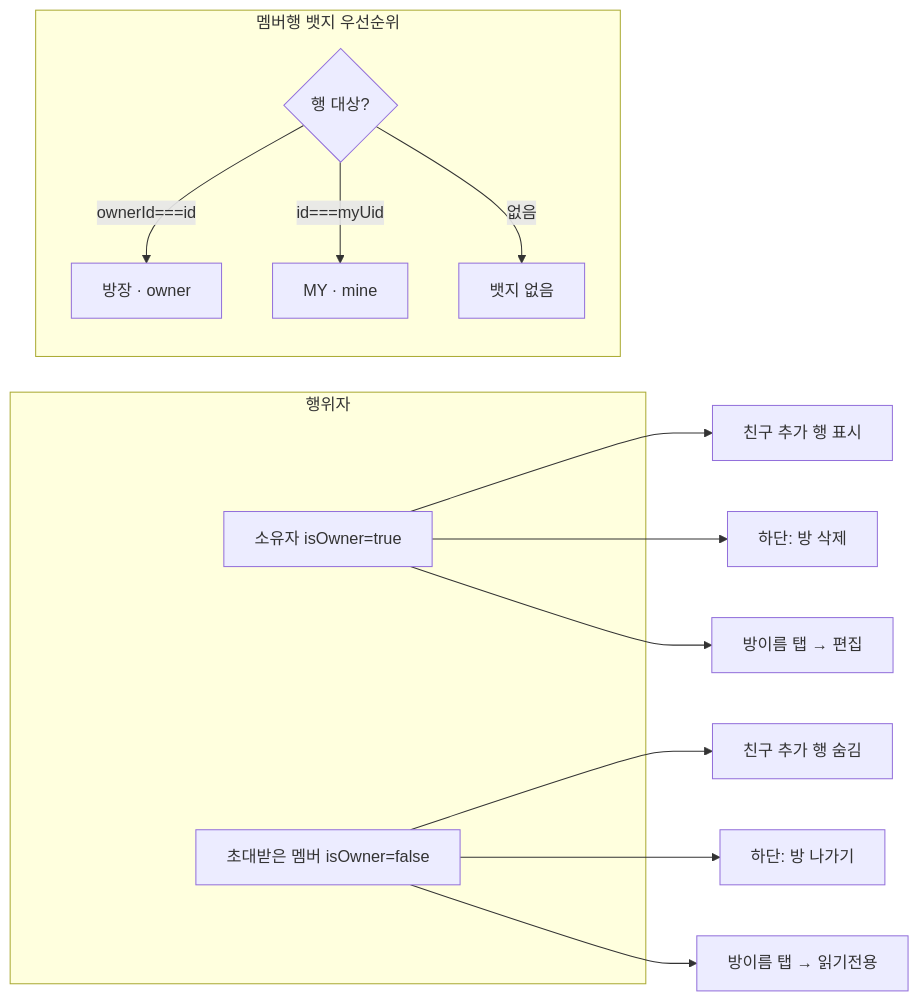
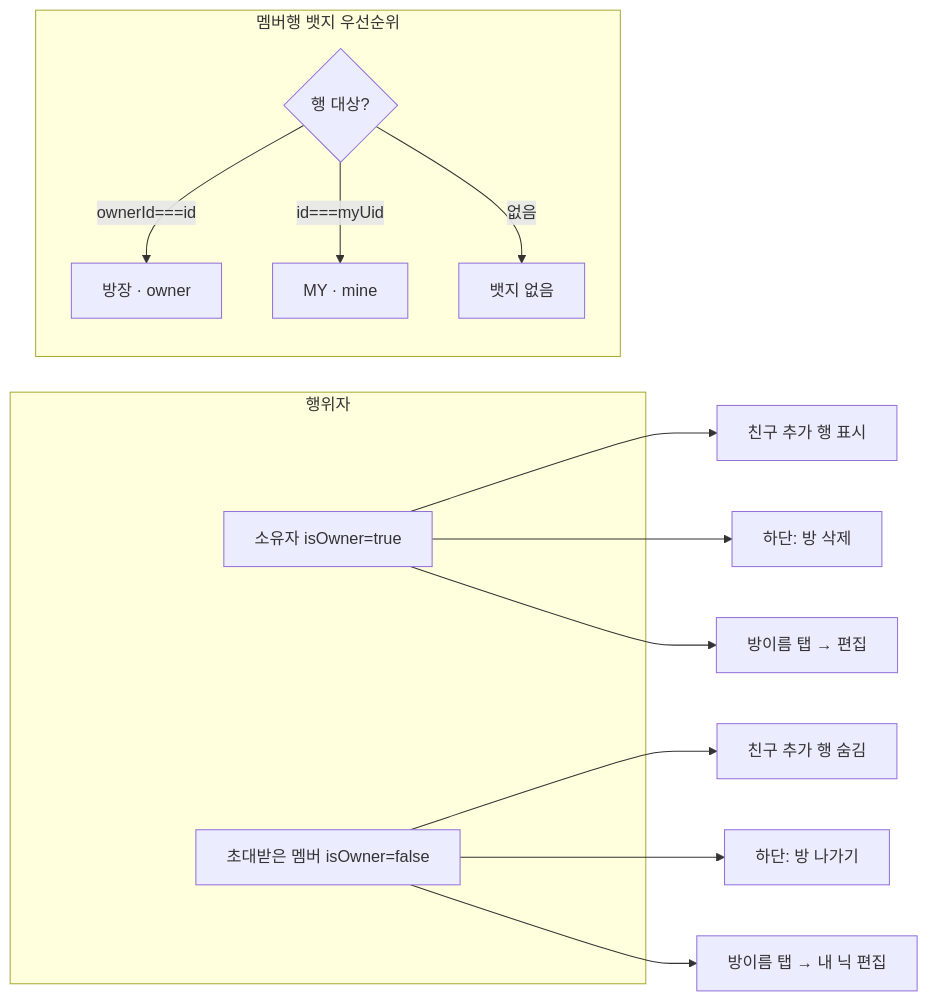
The second of 3 diagrams in apps/web/docs/feature/channels/channel-settings.md (lemoncloud-io/dou-app), drawn with Mermaid before and after one commit. The commit also changed other lines of this file and 2 other files, not shown here.

First line of the commit message:
docs(web/channels): the member dialog is an editor, not a read-only view

````diff
--- a/apps/web/docs/feature/channels/channel-settings.md
+++ b/apps/web/docs/feature/channels/channel-settings.md
@@ -90,19 +92,19 @@
 ```mermaid
 flowchart LR
   subgraph 행위자
     O[소유자 isOwner=true]
     M[초대받은 멤버 isOwner=false]
   end
   O --> AddShown[친구 추가 행 표시]
   O --> Danger1[하단: 방 삭제]
   O --> NameEdit[방이름 탭 → 편집]
   M --> AddHidden[친구 추가 행 숨김]
   M --> Danger2[하단: 방 나가기]
-  M --> NameRead[방이름 탭 → 읽기전용]
+  M --> NameRead[방이름 탭 → 내 닉 편집]
 
   subgraph 멤버행 뱃지 우선순위
     B{행 대상?} -->|ownerId===id| Owner[방장 · owner]
     B -->|id===myUid| Mine[MY · mine]
     B -->|없음| Plain[뱃지 없음]
   end
 ```
````
